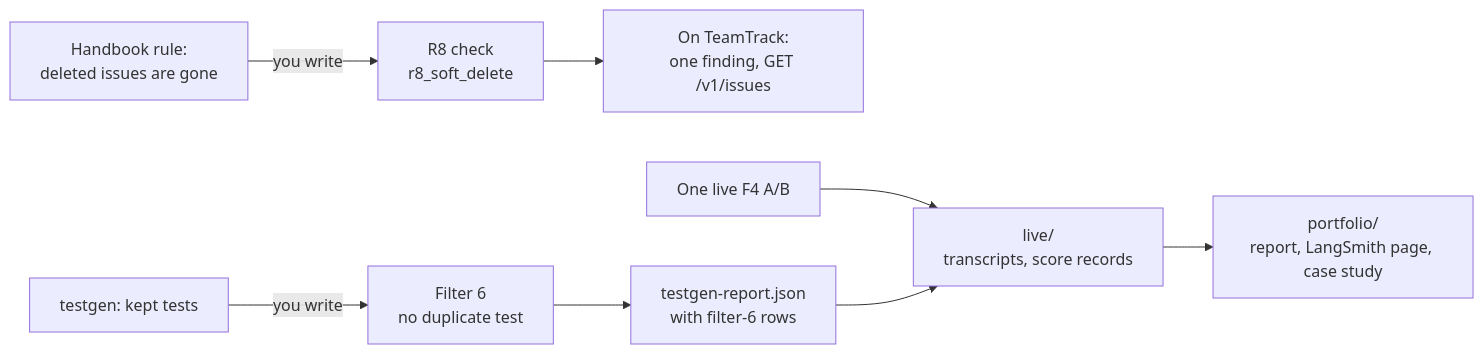
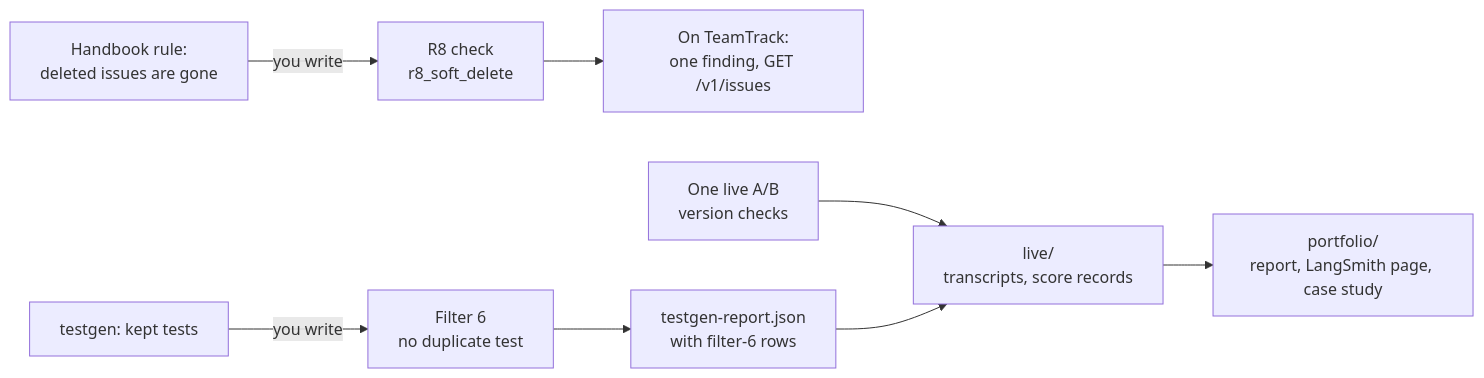
Before and after one commit to ANI-IN/shipharness-dev: the diagram in section-4-verification/assignment/README.md, drawn with Mermaid. The commit also changed other lines of this file and 29 other files, not shown here.

````diff
--- a/section-4-verification/assignment/README.md
+++ b/section-4-verification/assignment/README.md
@@ -37,10 +39,10 @@
 ```mermaid
 flowchart LR
   H["Handbook rule:<br/>deleted issues are gone"] -->|"you write"| R8["R8 check<br/>r8_soft_delete"]
   R8 --> TT["On TeamTrack:<br/>one finding, GET /v1/issues"]
   K["testgen: kept tests"] -->|"you write"| F6["Filter 6<br/>no duplicate test"]
   F6 --> REP["testgen-report.json<br/>with filter-6 rows"]
-  AB["One live F4 A/B"] --> L["live/<br/>transcripts, score records"]
+  AB["One live A/B<br/>version checks"] --> L["live/<br/>transcripts, score records"]
   REP --> L
   L --> P["portfolio/<br/>report, LangSmith page, case study"]
 ```
````
